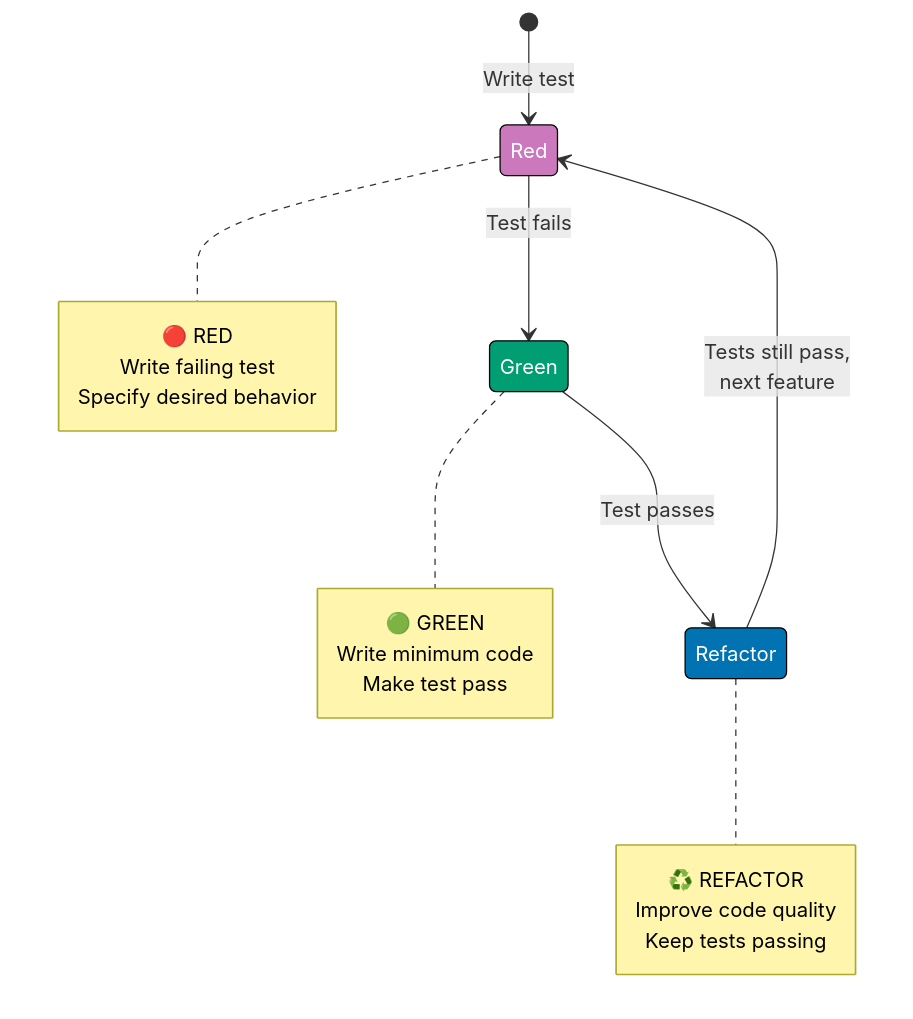
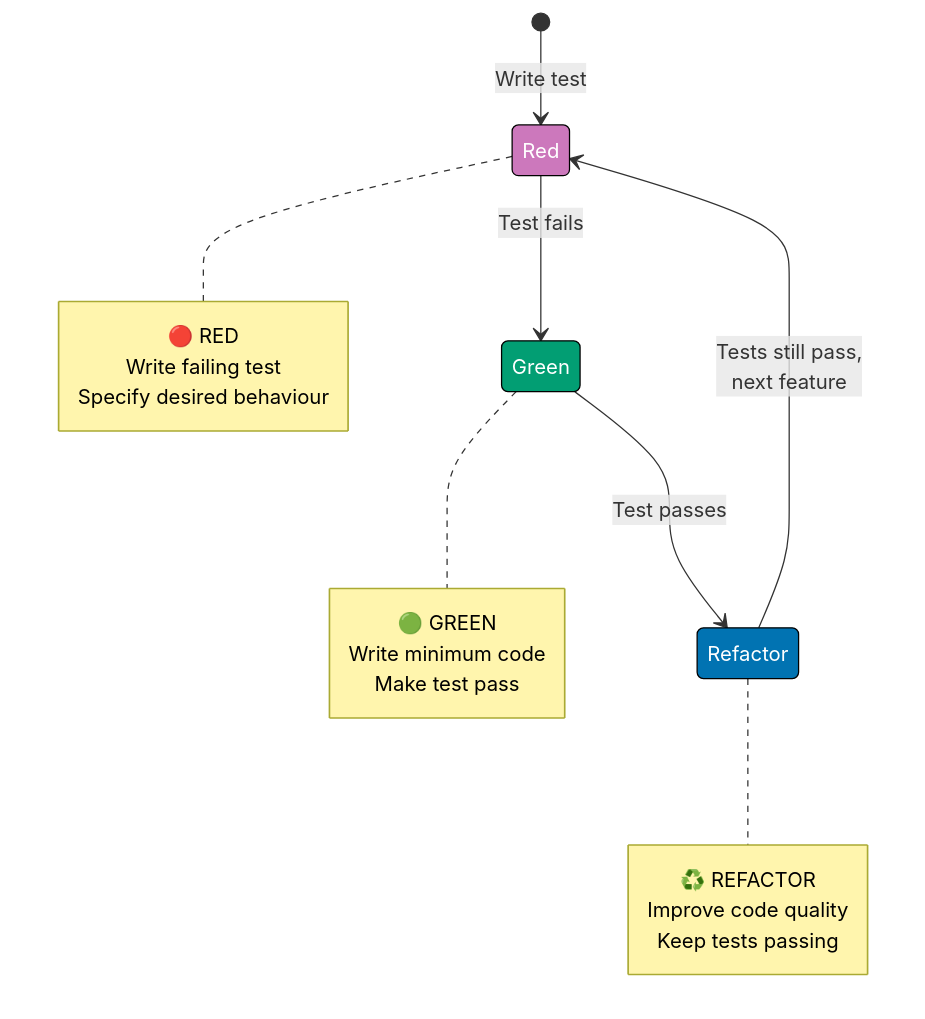
Before and after one commit to wahidyankf/open-sharia-fintech: the first of 3 diagrams in repo-governance/conventions/tutorials/in-the-field/guide-structure-part4-diagram-guidance-and-auth-flow.md, drawn with Mermaid. The commit also changed 2403 other files, not shown here.

````diff
--- a/repo-governance/conventions/tutorials/in-the-field/guide-structure-part4-diagram-guidance-and-auth-flow.md
+++ b/repo-governance/conventions/tutorials/in-the-field/guide-structure-part4-diagram-guidance-and-auth-flow.md
@@ -47,35 +47,35 @@
 ```mermaid
 %% Color Palette: Blue #0173B2, Orange #DE8F05, Teal #029E73, Purple #CC78BC
 stateDiagram-v2
     [*] --> Red: Write test
 
     Red --> Green: Test fails
     Green --> Refactor: Test passes
     Refactor --> Red: Tests still pass,<br/>next feature
 
     note right of Red
         🔴 RED
         Write failing test
-        Specify desired behavior
+        Specify desired behaviour
     end note
 
     note right of Green
         🟢 GREEN
         Write minimum code
         Make test pass
     end note
 
     note right of Refactor
         ♻️ REFACTOR
         Improve code quality
         Keep tests passing
     end note
 
     classDef redState fill:#CC78BC,stroke:#000000,color:#FFFFFF
     classDef greenState fill:#029E73,stroke:#000000,color:#FFFFFF
     classDef refactorState fill:#0173B2,stroke:#000000,color:#FFFFFF
 
     class Red redState
     class Green greenState
     class Refactor refactorState
 ```
````
